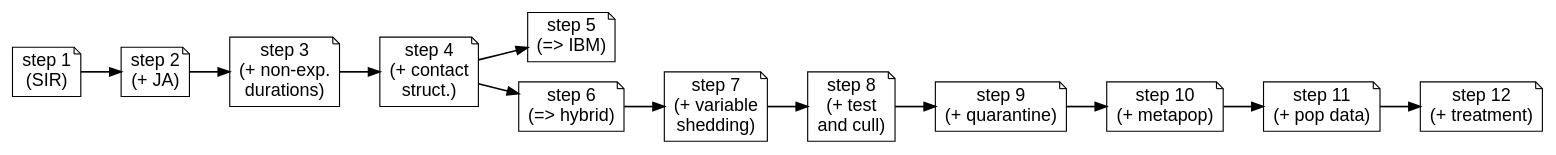
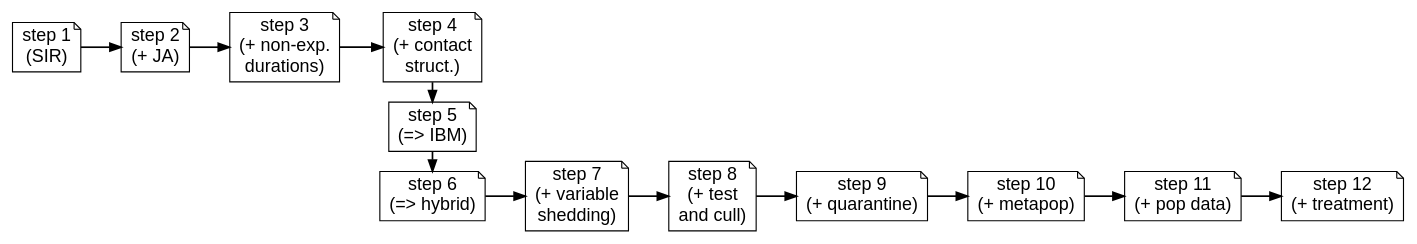
Before and after one commit to spicault/emulsion-training: the diagram in img/progression.dot, drawn with Graphviz. The commit also changed 12 other files, not shown here.

```diff
--- a/img/progression.dot
+++ b/img/progression.dot
@@ -1,31 +1,27 @@
 digraph {
           charset="utf-8"
           rankdir=LR;
 
           node[fontsize=16, fontname="Arial", shape="note", style=""];
           edge[minlen=1, penwidth=1.5];
 
 	  s1 [label="step 1\n(SIR)"];
 	  s2 [label="step 2\n(+ JA)"] ;
 	  s3 [label="step 3\n(+ non-exp.\ndurations)"] ;
-	  s4 [label="step 4\n(+ contact\n struct.)"] ;
 
 	  subgraph {
 		  rank = same ;
+		  s4 [label="step 4\n(+ contact\n struct.)"] ;
 		  s5 [label="step 5\n(=> IBM)"] ;
 		  s6 [label="step 6\n(=> hybrid)"] ;
 	  }
 
 	  s7 [label="step 7\n(+ variable\nshedding)"] ;
 	  s8 [label="step 8\n(+ test\nand cull)"] ;
 	  s9 [label="step 9\n(+ quarantine)"] ;
 	  s10 [label="step 10\n(+ metapop)"] ;
 	  s11 [label="step 11\n(+ pop data)"] ;
 	  s12 [label="step 12\n(+ treatment)"] ;
-	  // subgraph {
-	  // 	  rank = same ;
-	  // }
 
-          s1 -> s2 -> s3 -> s4 -> s5 ;
-	  s4 -> s6 -> s7 -> s8 -> s9 -> s10 -> s11 -> s12;
+          s1 -> s2 -> s3 -> s4 -> s5 -> s6 -> s7 -> s8 -> s9 -> s10 -> s11 -> s12;
 }
```
